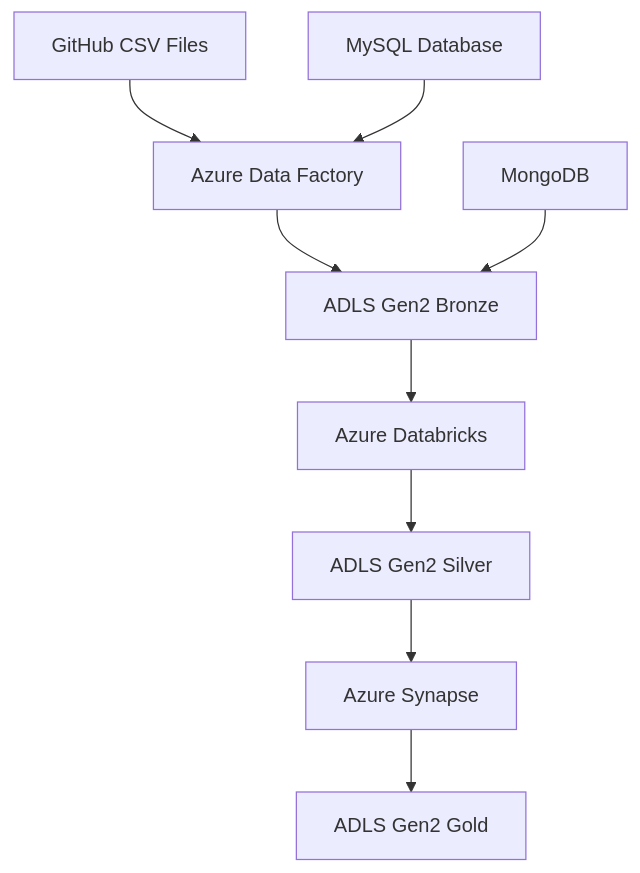
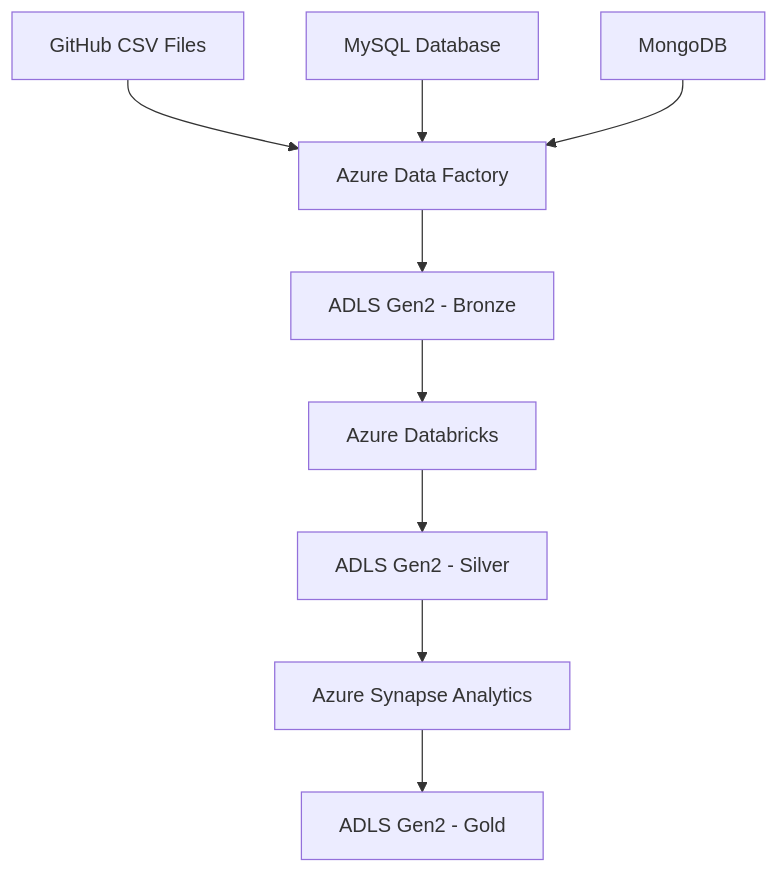
One commit to Ktrimalrao/Brazillian-Ecommerce-BigDataEngineering changed the diagram in README.md. Above: the diagram before and after it, drawn with Mermaid.

````diff
--- a/README.md
+++ b/README.md
@@ -254,12 +254,14 @@
 ```mermaid
+
 graph TD
     A[GitHub CSV Files] --> B[Azure Data Factory]
     C[MySQL Database] --> B
-    B --> E[ADLS Gen2 Bronze]
+    D[MongoDB] --> B
+    B --> E[ADLS Gen2 - Bronze]
     E --> F[Azure Databricks]
-    D[MongoDB] --> E
-    F --> G[ADLS Gen2 Silver]
-    G --> H[Azure Synapse]
-    H --> I[ADLS Gen2 Gold]
+    F --> G[ADLS Gen2 - Silver]
+    G --> H[Azure Synapse Analytics]
+    H --> I[ADLS Gen2 - Gold]
+
 
 ```
````
